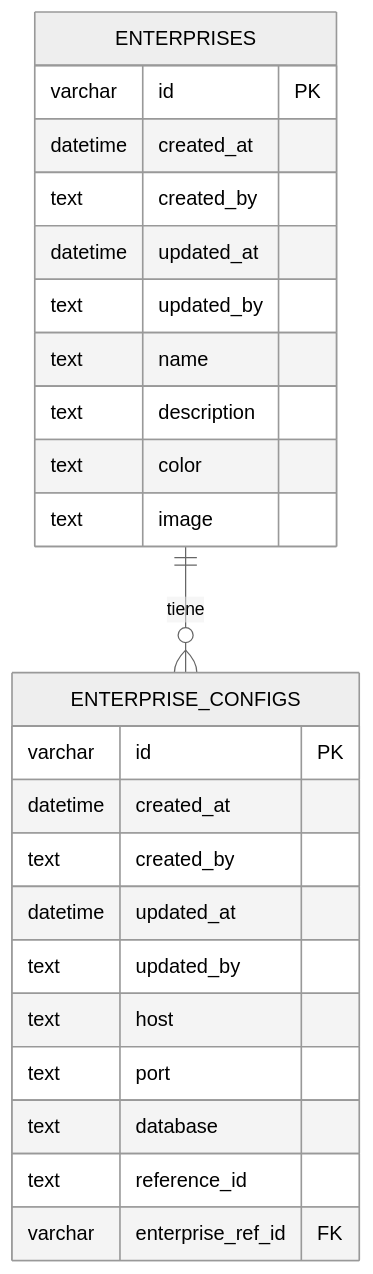
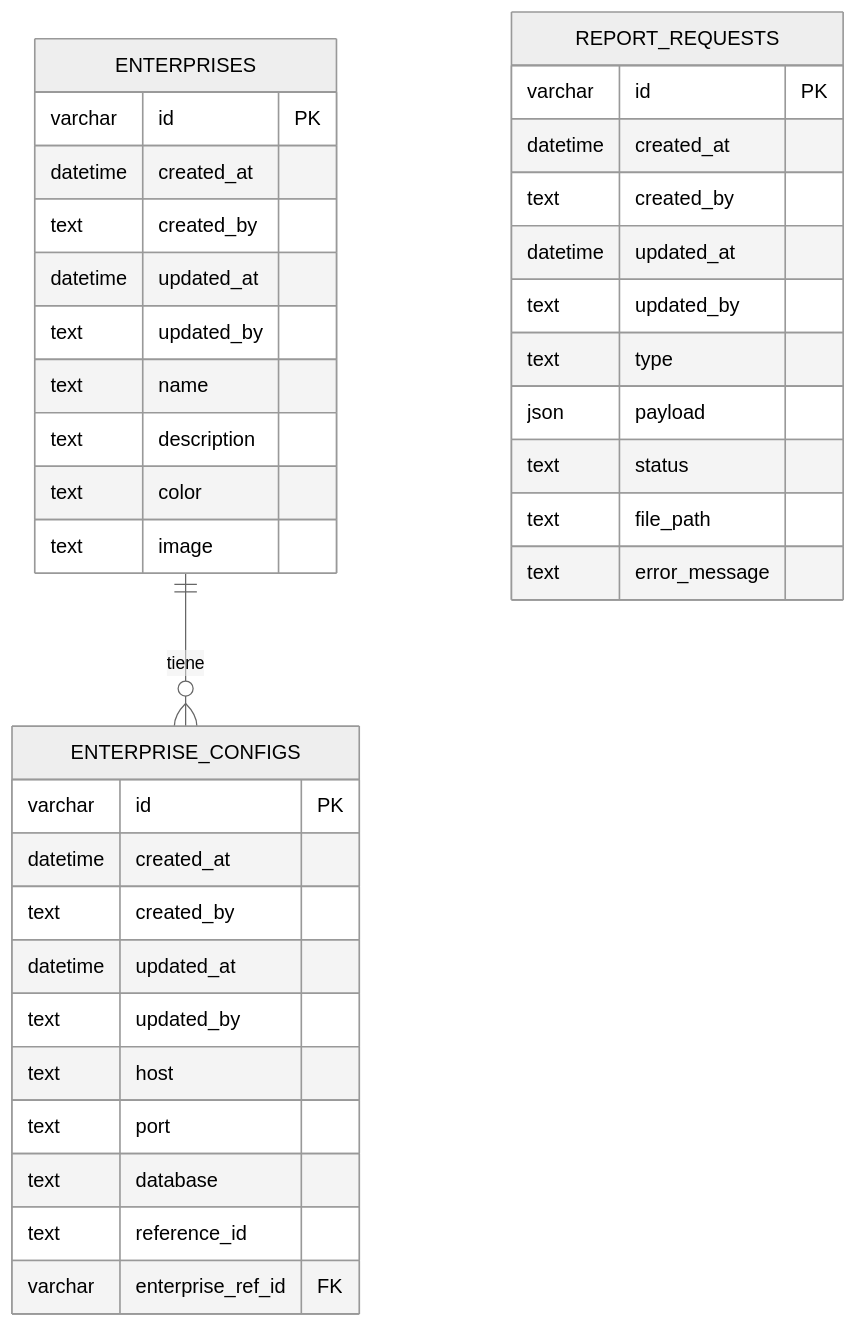
One commit to Maur025/tracking-report-nest changed the diagram in docs/07-base-de-datos.md. Above: the diagram before and after it, drawn with Mermaid (neutral theme). The commit also changed other lines of this file and 15 other files, not shown here.

````diff
--- a/docs/07-base-de-datos.md
+++ b/docs/07-base-de-datos.md
@@ -145,29 +165,42 @@
 ```mermaid
 erDiagram
     ENTERPRISES ||--o{ ENTERPRISE_CONFIGS : "tiene"
 
     ENTERPRISES {
         varchar id PK
         datetime created_at
         text created_by
         datetime updated_at
         text updated_by
         text name
         text description
         text color
         text image
     }
 
     ENTERPRISE_CONFIGS {
         varchar id PK
         datetime created_at
         text created_by
         datetime updated_at
         text updated_by
         text host
         text port
         text database
         text reference_id
         varchar enterprise_ref_id FK
     }
+
+    REPORT_REQUESTS {
+        varchar id PK
+        datetime created_at
+        text created_by
+        datetime updated_at
+        text updated_by
+        text type
+        json payload
+        text status
+        text file_path
+        text error_message
+    }
 ```
````
